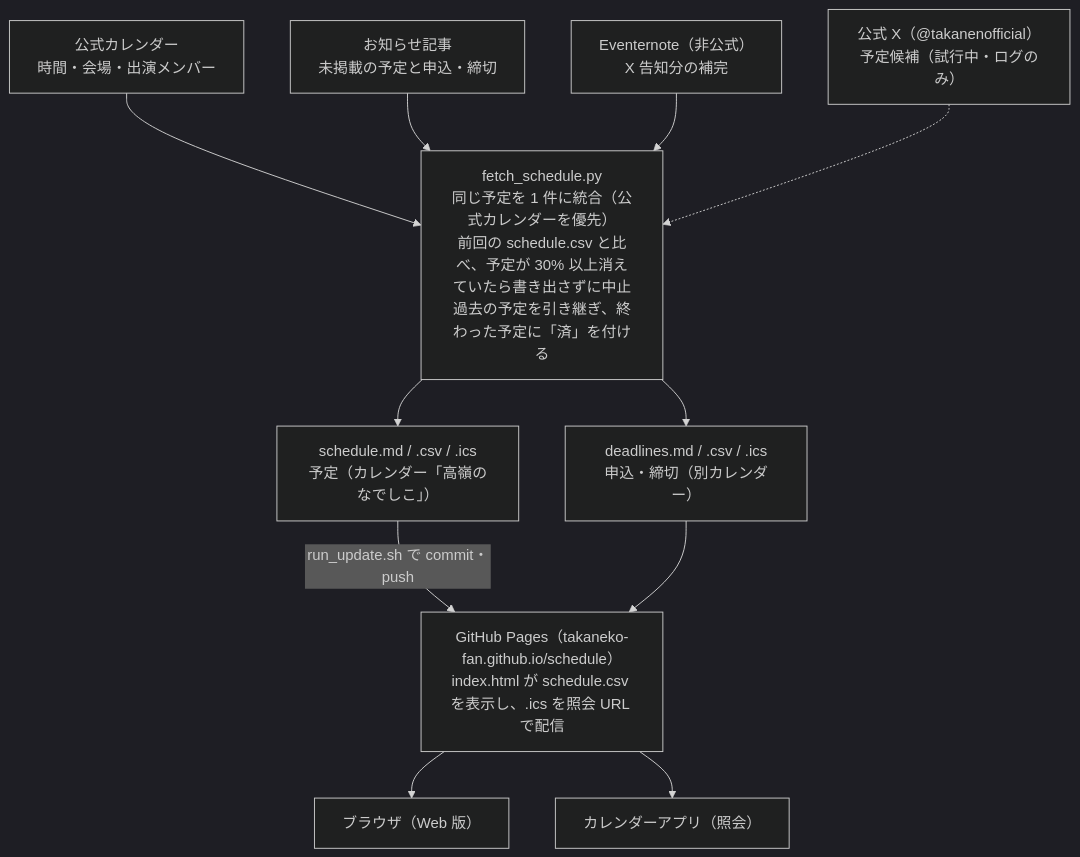
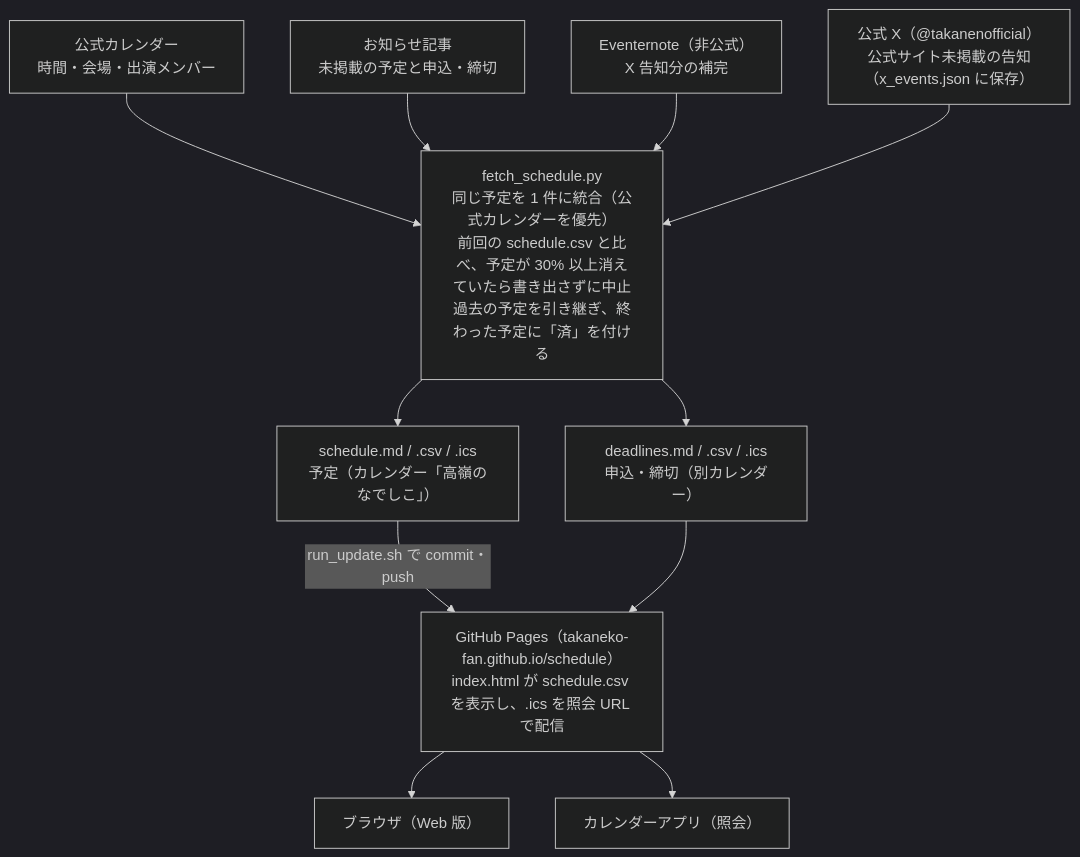
One commit to takaneko-fan/schedule changed the diagram in docs/spec.md. Above: the diagram before and after it, drawn with Mermaid (dark theme). The commit also changed other lines of this file and 5 other files, not shown here.

````diff
--- a/docs/spec.md
+++ b/docs/spec.md
@@ -19,15 +19,15 @@
 ```mermaid
 flowchart TD
     cal["公式カレンダー<br>時間・会場・出演メンバー"] --> py
     news["お知らせ記事<br>未掲載の予定と申込・締切"] --> py
     en["Eventernote（非公式）<br>X 告知分の補完"] --> py
-    x["公式 X（@takanenofficial）<br>予定候補（試行中・ログのみ）"] -.-> py
+    x["公式 X（@takanenofficial）<br>公式サイト未掲載の告知（x_events.json に保存）"] --> py
     py["fetch_schedule.py<br>同じ予定を 1 件に統合（公式カレンダーを優先）<br>前回の schedule.csv と比べ、予定が 30% 以上消えていたら書き出さずに中止<br>過去の予定を引き継ぎ、終わった予定に「済」を付ける"]
     py --> sch["schedule.md / .csv / .ics<br>予定（カレンダー「高嶺のなでしこ」）"]
     py --> dl["deadlines.md / .csv / .ics<br>申込・締切（別カレンダー）"]
     sch -- "run_update.sh で commit・push" --> pages
     dl --> pages
     pages["GitHub Pages（takaneko-fan.github.io/schedule）<br>index.html が schedule.csv を表示し、.ics を照会 URL で配信"]
     pages --> browser["ブラウザ（Web 版）"]
     pages --> app["カレンダーアプリ（照会）"]
 ```
````
